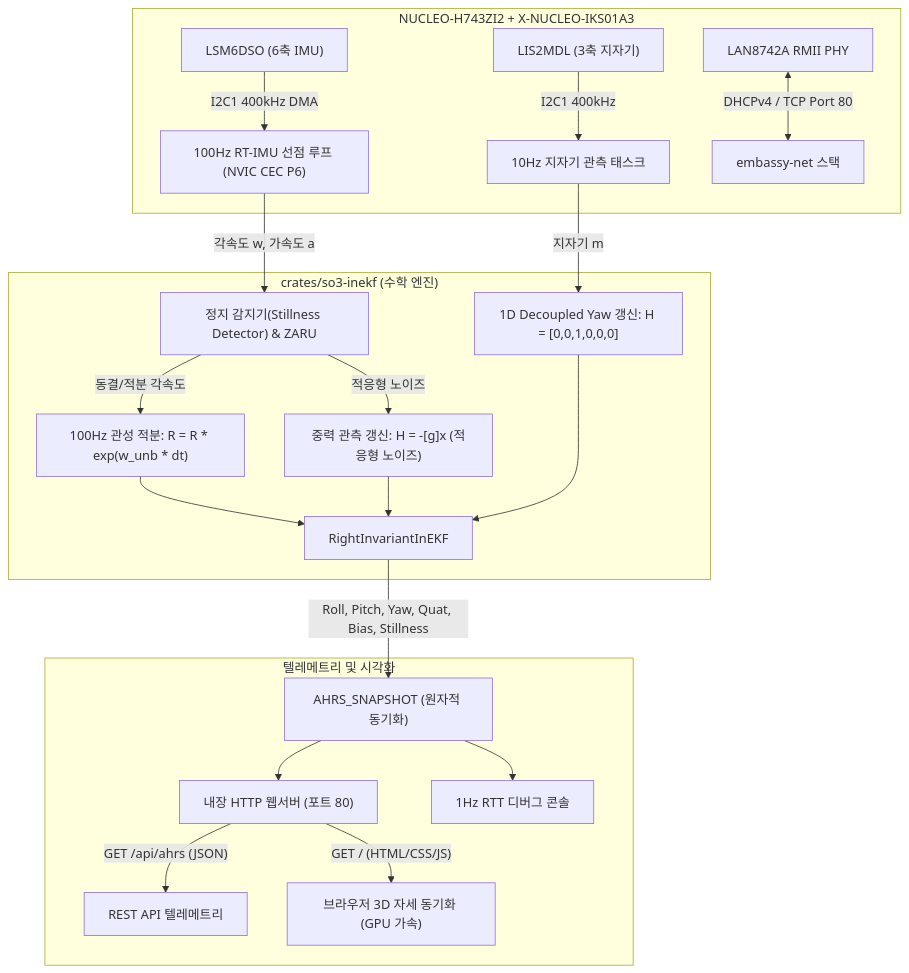
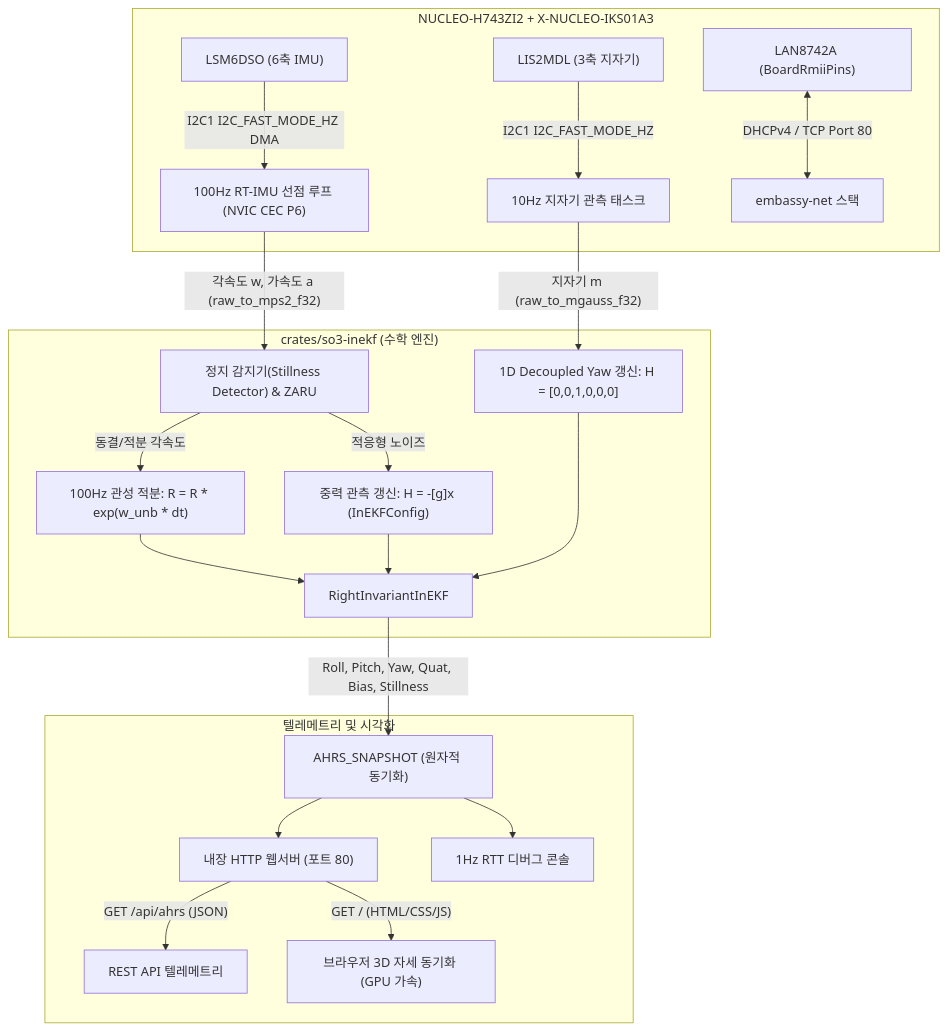
Before and after one commit to voidrobot/nucleo_h743zi2_rust: the diagram in examples/04_ahrs_so3_inekf/README.md, drawn with Mermaid. The commit also changed other lines of this file and 4 other files, not shown here.

````diff
--- a/examples/04_ahrs_so3_inekf/README.md
+++ b/examples/04_ahrs_so3_inekf/README.md
@@ -40,26 +44,26 @@
 ```mermaid
 flowchart TD
     subgraph Hardware ["NUCLEO-H743ZI2 + X-NUCLEO-IKS01A3"]
-        LSM["LSM6DSO (6축 IMU)"] -->|"I2C1 400kHz DMA"| RT_Loop["100Hz RT-IMU 선점 루프 (NVIC CEC P6)"]
-        LIS["LIS2MDL (3축 지자기)"] -->|"I2C1 400kHz"| Mag_Loop["10Hz 지자기 관측 태스크"]
-        ETH["LAN8742A RMII PHY"] <-->|"DHCPv4 / TCP Port 80"| Net_Stack["embassy-net 스택"]
+        LSM["LSM6DSO (6축 IMU)"] -->|"I2C1 I2C_FAST_MODE_HZ DMA"| RT_Loop["100Hz RT-IMU 선점 루프 (NVIC CEC P6)"]
+        LIS["LIS2MDL (3축 지자기)"] -->|"I2C1 I2C_FAST_MODE_HZ"| Mag_Loop["10Hz 지자기 관측 태스크"]
+        ETH["LAN8742A (BoardRmiiPins)"] <-->|"DHCPv4 / TCP Port 80"| Net_Stack["embassy-net 스택"]
     end
 
     subgraph MathCore ["crates/so3-inekf (수학 엔진)"]
-        RT_Loop -->|"각속도 w, 가속도 a"| Still["정지 감지기(Stillness Detector) & ZARU"]
+        RT_Loop -->|"각속도 w, 가속도 a (raw_to_mps2_f32)"| Still["정지 감지기(Stillness Detector) & ZARU"]
         Still -->|"동결/적분 각속도"| Pred["100Hz 관성 적분: R = R * exp(w_unb * dt)"]
-        Still -->|"적응형 노이즈"| Up_Acc["중력 관측 갱신: H = -[g]x (적응형 노이즈)"]
-        Mag_Loop -->|"지자기 m"| Up_Mag["1D Decoupled Yaw 갱신: H = [0,0,1,0,0,0]"]
+        Still -->|"적응형 노이즈"| Up_Acc["중력 관측 갱신: H = -[g]x (InEKFConfig)"]
+        Mag_Loop -->|"지자기 m (raw_to_mgauss_f32)"| Up_Mag["1D Decoupled Yaw 갱신: H = [0,0,1,0,0,0]"]
         Pred --> InEKF["RightInvariantInEKF"]
         Up_Acc --> InEKF
         Up_Mag --> InEKF
     end
 
     subgraph Output ["텔레메트리 및 시각화"]
         InEKF -->|"Roll, Pitch, Yaw, Quat, Bias, Stillness"| Snapshot["AHRS_SNAPSHOT (원자적 동기화)"]
         Snapshot --> Web["내장 HTTP 웹서버 (포트 80)"]
         Snapshot --> RTT["1Hz RTT 디버그 콘솔"]
         Web -->|"GET /api/ahrs (JSON)"| RestAPI["REST API 텔레메트리"]
         Web -->|"GET / (HTML/CSS/JS)"| Dashboard3D["브라우저 3D 자세 동기화 (GPU 가속)"]
     end
 ```
````
